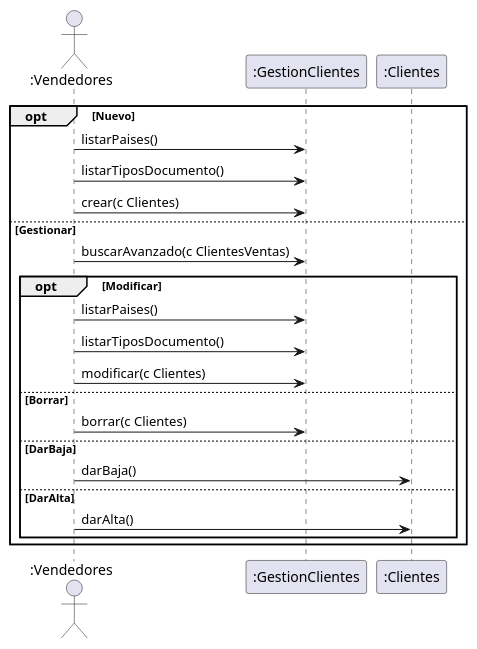
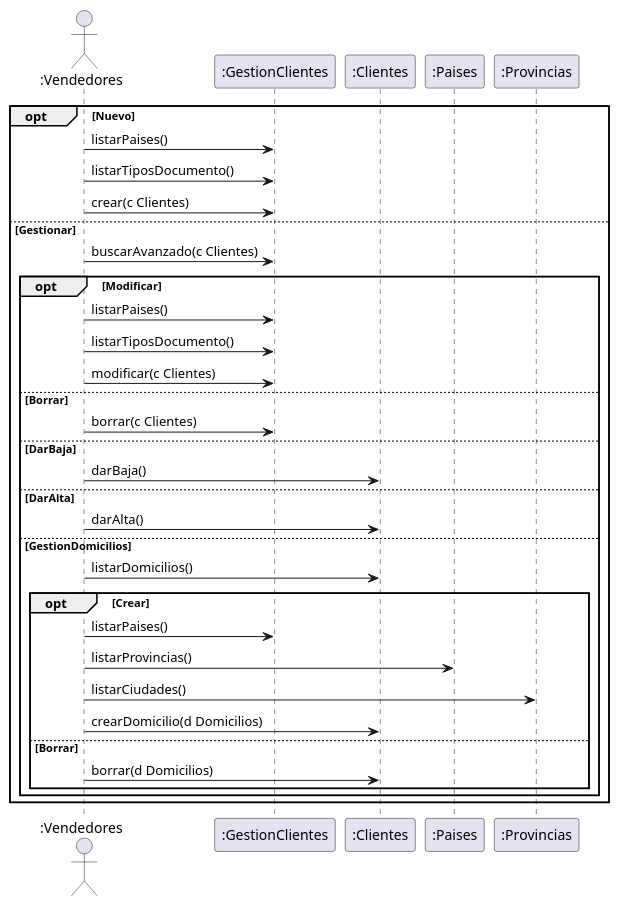
Before and after one commit to ZMGestion/DocumentacionZMGestion: the second of 4 diagrams in DiagramasSecuencia/DiagramaDeSecuencia.puml, drawn with PlantUML. The commit also changed other lines of this file and 1 other file, not shown here.

Commit message:
Cambios DiagramaDeSecuencia

```diff
--- a/DiagramasSecuencia/DiagramaDeSecuencia.puml
+++ b/DiagramasSecuencia/DiagramaDeSecuencia.puml
@@ -28,23 +28,35 @@
 @startuml GestionClientes
     actor ":Vendedores" as Vendedores
     participant ":GestionClientes" as GestionClientes
     participant ":Clientes" as Clientes
+    participant ":Paises" as Paises
+    participant ":Provincias" as Provincias
     opt Nuevo
         Vendedores -> GestionClientes: listarPaises()
         Vendedores -> GestionClientes: listarTiposDocumento()
         Vendedores -> GestionClientes: crear(c Clientes)
     else Gestionar
-        Vendedores -> GestionClientes: buscarAvanzado(c ClientesVentas)
+        Vendedores -> GestionClientes: buscarAvanzado(c Clientes)
         opt Modificar
             Vendedores -> GestionClientes: listarPaises()
             Vendedores -> GestionClientes: listarTiposDocumento()
             Vendedores -> GestionClientes: modificar(c Clientes)
         else Borrar
             Vendedores -> GestionClientes: borrar(c Clientes)
         else DarBaja
             Vendedores -> Clientes: darBaja()
         else DarAlta
             Vendedores -> Clientes: darAlta()
+        else GestionDomicilios
+            Vendedores -> Clientes: listarDomicilios()
+            opt Crear
+                Vendedores -> GestionClientes: listarPaises()
+                Vendedores -> Paises: listarProvincias()
+                Vendedores -> Provincias: listarCiudades()
+                Vendedores -> Clientes: crearDomicilio(d Domicilios)
+            else Borrar
+                Vendedores -> Clientes: borrar(d Domicilios)
+            end
         end
     end
 @enduml
```
